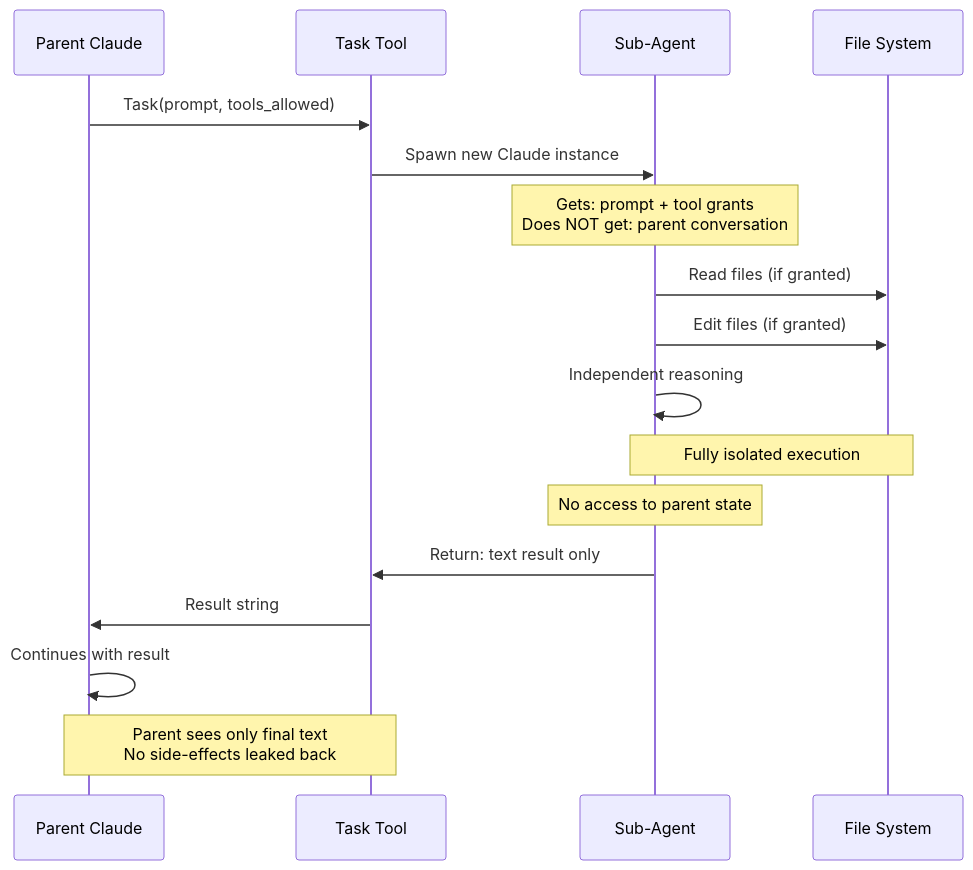
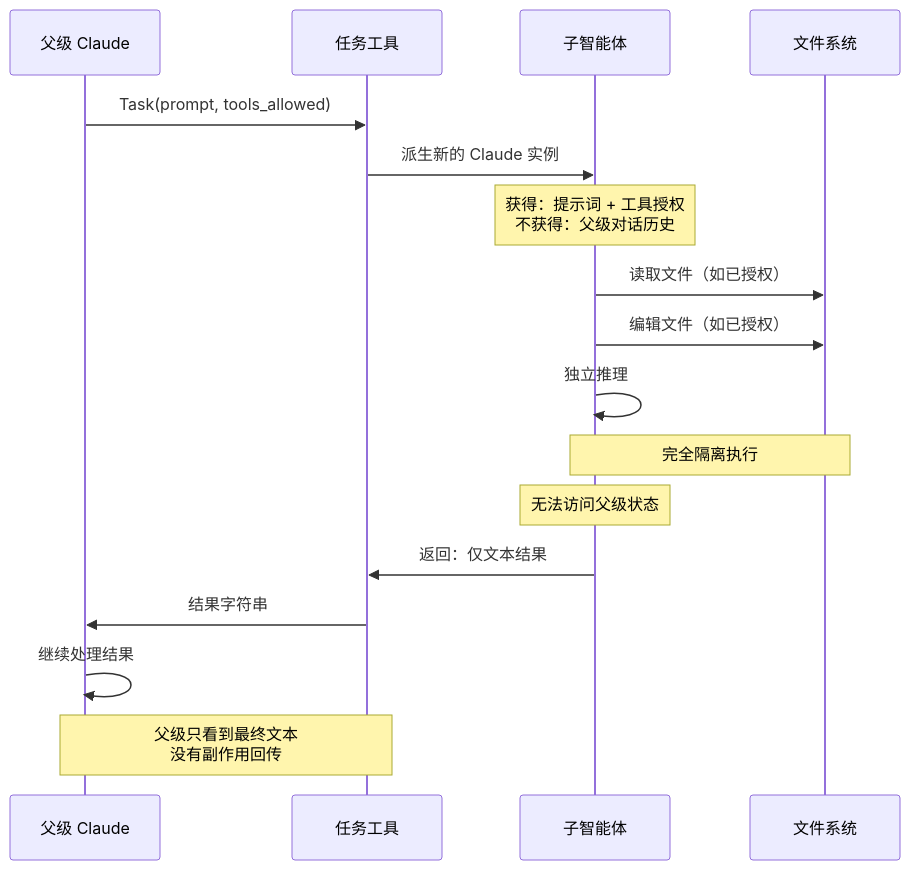
Before and after one commit to lawrencewzen/aispark-wiki: the third of 4 diagrams in claude-code/diagrams/03-configuration-system.md, drawn with Mermaid. The commit also changed other lines of this file and 82 other files, not shown here.

````diff
--- a/claude-code/diagrams/03-configuration-system.md
+++ b/claude-code/diagrams/03-configuration-system.md
@@ -141,24 +141,24 @@
 ```mermaid
 sequenceDiagram
-    participant P as Parent Claude
-    participant T as Task Tool
-    participant S as Sub-Agent
-    participant FS as File System
+    participant P as 父级 Claude
+    participant T as 任务工具
+    participant S as 子智能体
+    participant FS as 文件系统
 
     P->>T: Task(prompt, tools_allowed)
-    T->>S: Spawn new Claude instance
-    Note over S: Gets: prompt + tool grants<br/>Does NOT get: parent conversation
+    T->>S: 派生新的 Claude 实例
+    Note over S: 获得：提示词 + 工具授权<br/>不获得：父级对话历史
 
-    S->>FS: Read files (if granted)
-    S->>FS: Edit files (if granted)
-    S->>S: Independent reasoning
+    S->>FS: 读取文件（如已授权）
+    S->>FS: 编辑文件（如已授权）
+    S->>S: 独立推理
 
-    Note over S,FS: Fully isolated execution
-    Note over S: No access to parent state
+    Note over S,FS: 完全隔离执行
+    Note over S: 无法访问父级状态
 
-    S->>T: Return: text result only
-    T->>P: Result string
-    P->>P: Continues with result
+    S->>T: 返回：仅文本结果
+    T->>P: 结果字符串
+    P->>P: 继续处理结果
 
-    Note over P,T: Parent sees only final text<br/>No side-effects leaked back
+    Note over P,T: 父级只看到最终文本<br/>没有副作用回传
 ```
````
